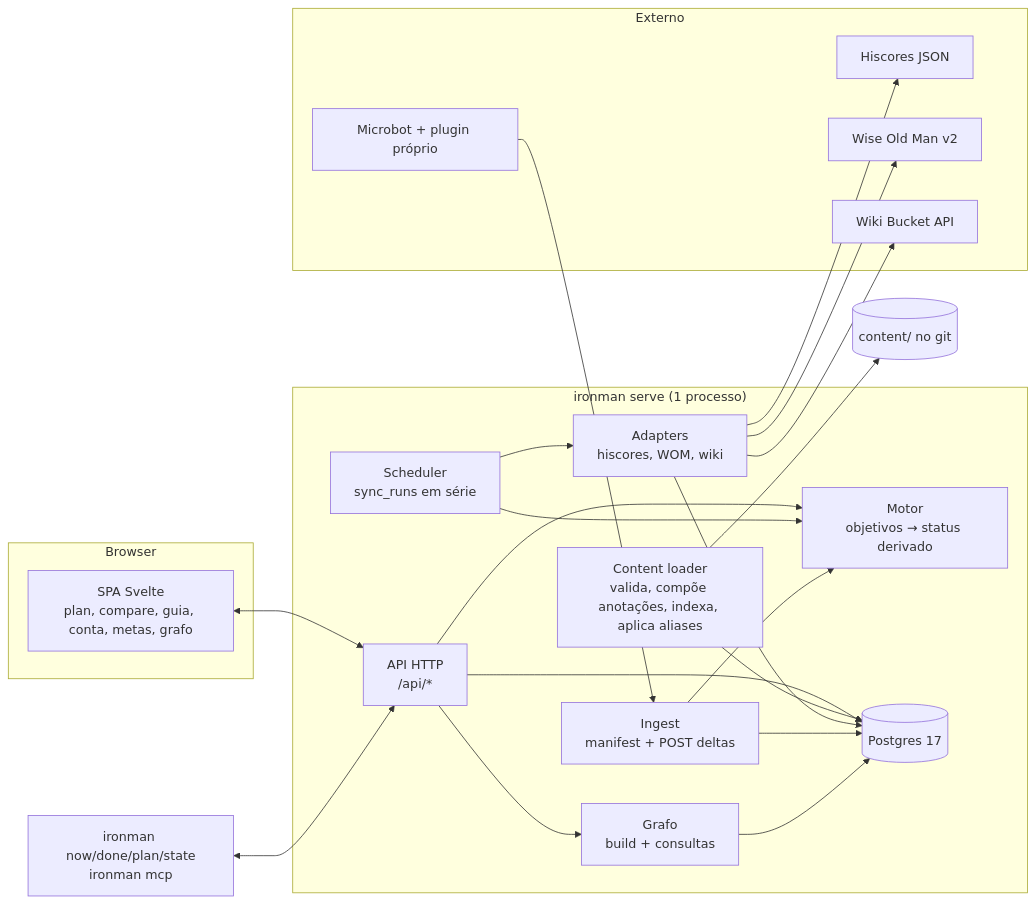
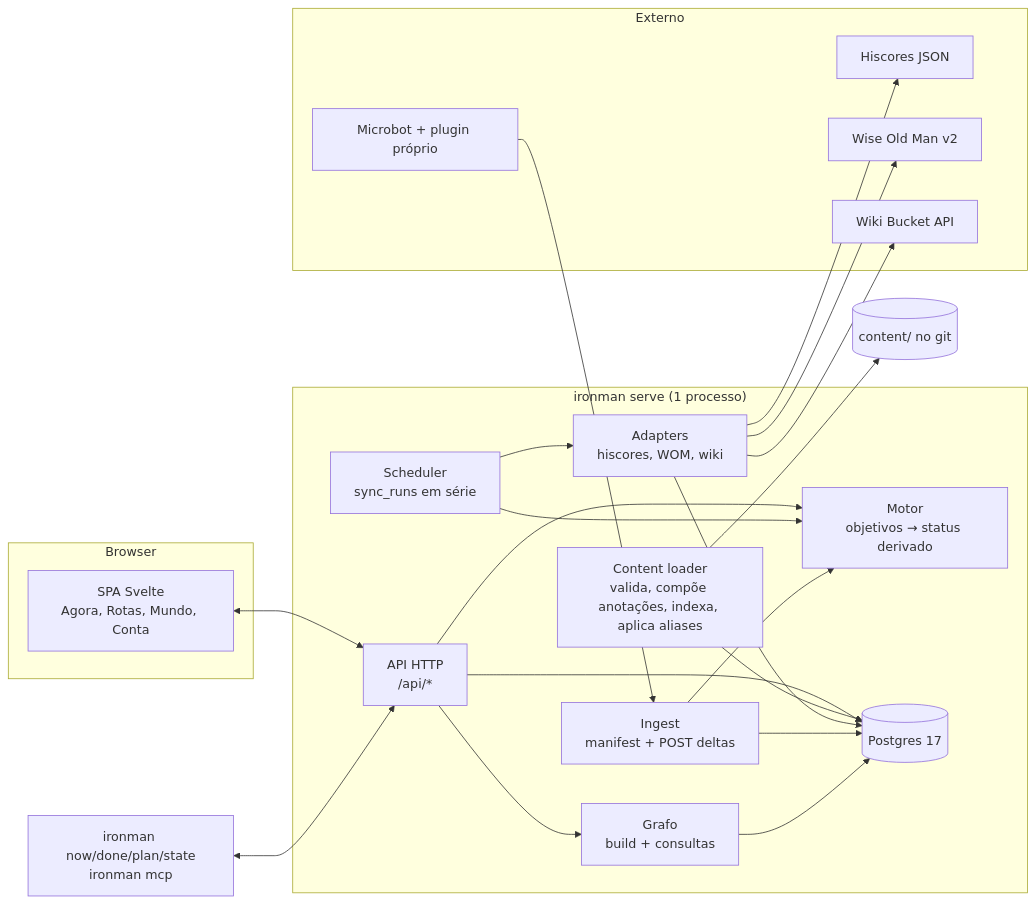
The first of 4 diagrams in docs/04-arquitetura.md (FelipeMalacarne/chronicle), drawn with Mermaid before and after one commit. The commit also changed other lines of this file and 1 other file, not shown here.

First line of the commit message:
Docs: web v4 do item 9, sem /compare

````diff
--- a/docs/04-arquitetura.md
+++ b/docs/04-arquitetura.md
@@ -52,36 +52,36 @@
 ```mermaid
 flowchart LR
   subgraph Browser
-    UI[SPA Svelte<br/>plan, compare, guia, conta, metas, grafo]
+    UI[SPA Svelte<br/>Agora, Rotas, Mundo, Conta]
   end
   subgraph Bin["ironman serve (1 processo)"]
     API[API HTTP<br/>/api/*]
     CL[Content loader<br/>valida, compõe anotações, indexa, aplica aliases]
     RE[Motor<br/>objetivos → status derivado]
     GS[Grafo<br/>build + consultas]
     SW[Scheduler<br/>sync_runs em série]
     ING[Ingest<br/>manifest + POST deltas]
     AD[Adapters<br/>hiscores, WOM, wiki]
     DB[(Postgres 17)]
   end
   subgraph Externo
     HS[Hiscores JSON]
     WOM[Wise Old Man v2]
     BK[Wiki Bucket API]
     RL[Microbot + plugin próprio]
   end
   CONTENT[(content/ no git)]
   CLI[ironman now/done/plan/state<br/>ironman mcp]
   UI <--> API
   CLI <--> API
   API --> RE & GS & DB
   CL --> CONTENT
   CL --> DB
   SW --> AD
   AD --> HS & WOM & BK
   AD --> DB
   SW --> RE
   RL --> ING --> DB
   ING --> RE
   GS --> DB
 ```
````
